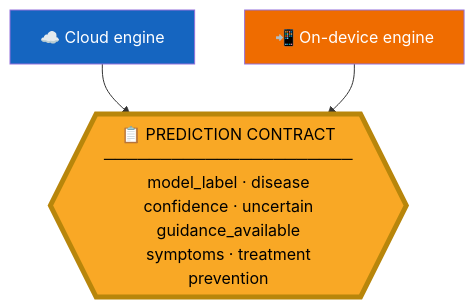
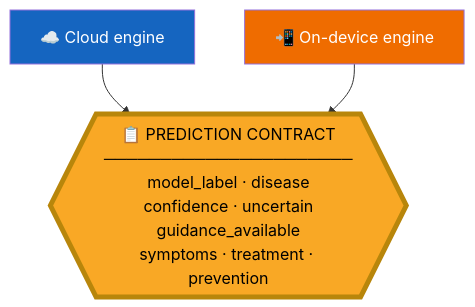
One commit to Raj-Indra-Asura/Cropora changed diagram 12 of 20 in Cropora System Design Presentation.md. Above: the diagram before and after it, drawn with Mermaid. The commit also changed other lines of this file, not shown here.

Commit message:
Expand system design presentation to 20 slides, diagram-centric format

````diff
--- a/Cropora System Design Presentation.md
+++ b/Cropora System Design Presentation.md
@@ -213,11 +338,11 @@
 ```mermaid
 flowchart TB
-    CONTRACT{{"📋 PREDICTION CONTRACT\n──────────────────────\nmodel_label · disease\nconfidence · uncertain\nguidance_available\nsymptoms · treatment\nprevention"}}
+    CONTRACT{{"📋 PREDICTION CONTRACT\n──────────────────────\nmodel_label · disease\nconfidence · uncertain\nguidance_available\nsymptoms · treatment · prevention"}}
 
     CLD["☁️ Cloud engine"] --> CONTRACT
     EDG["📲 On-device engine"] --> CONTRACT
 
     style CONTRACT fill:#f9a825,color:#000,stroke:#b8860b,stroke-width:5px
     style CLD fill:#1565c0,color:#fff
     style EDG fill:#ef6c00,color:#fff
 ```
````
